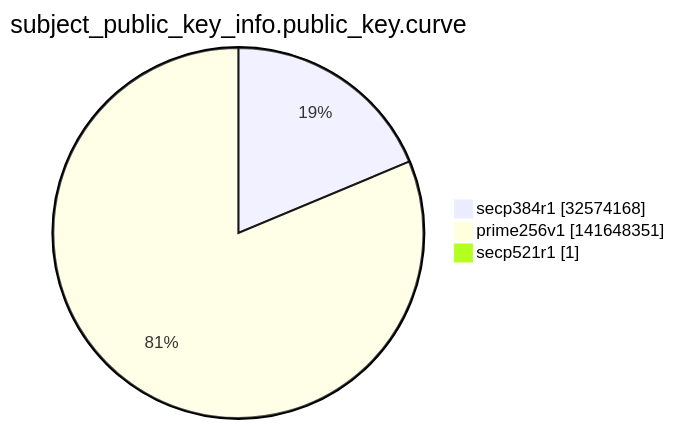
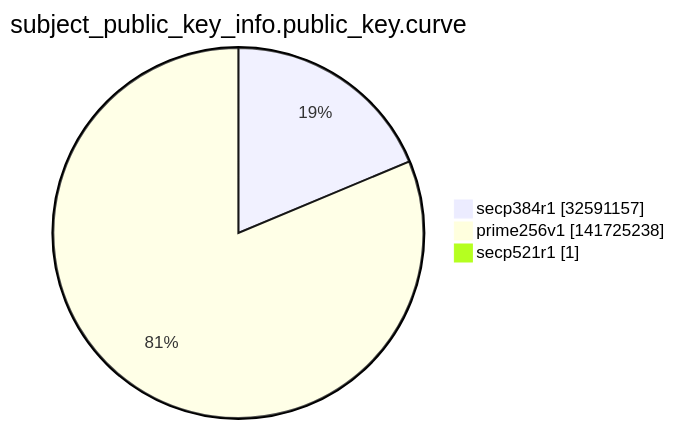
Before and after one commit to christiankrug/ctmonitor_visualization: the ninth of 15 diagrams in argon2022/README.md, drawn with Mermaid. The commit also changed other lines of this file, not shown here.

````diff
--- a/argon2022/README.md
+++ b/argon2022/README.md
@@ -2763,7 +2763,7 @@
 ```mermaid
 pie showData
 title subject_public_key_info.public_key.curve
-"secp384r1" :32574168
-"prime256v1" :141648351
+"secp384r1" :32591157
+"prime256v1" :141725238
 "secp521r1" :1
 ```
````
